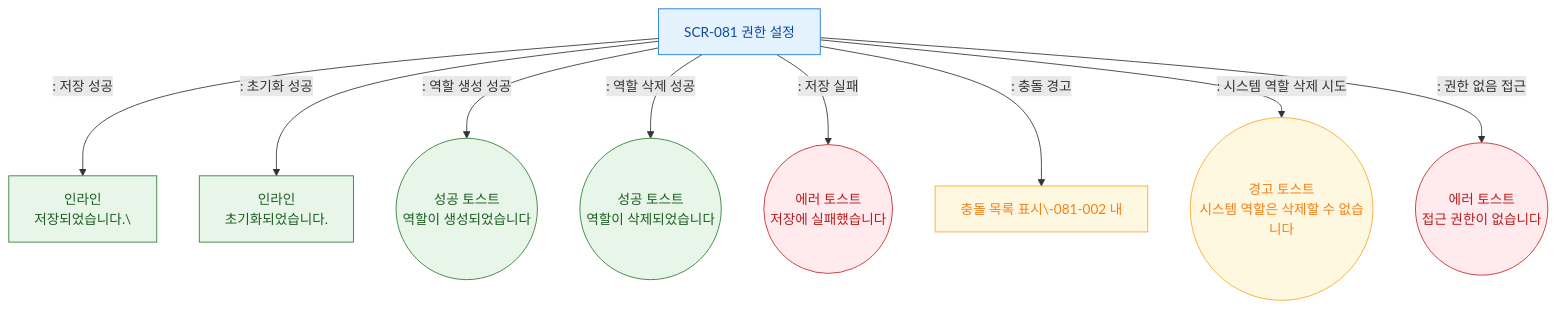
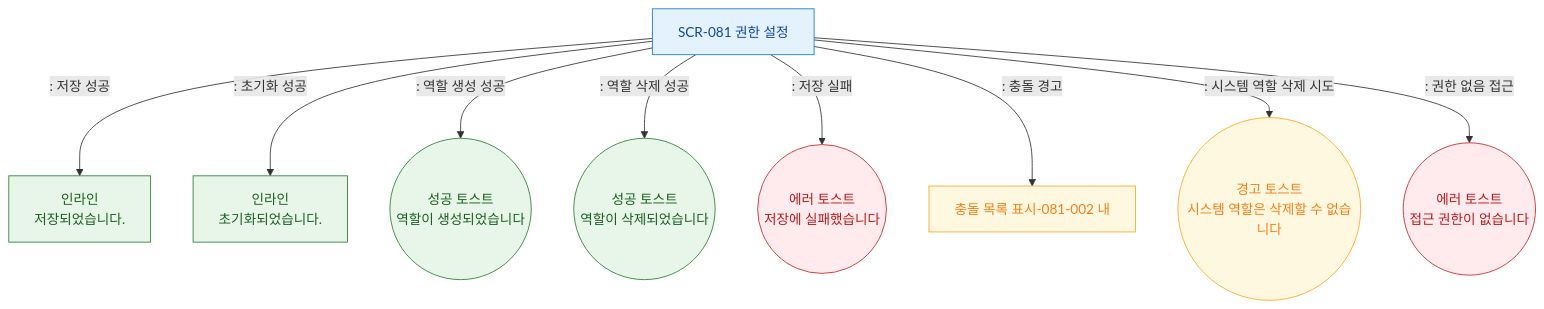
The diagram in docs/admin/다이어그램/D09_설정관리/SCR-081_권한설정/F9_토스트피드백.md (dev-spogym/admin-pando), drawn with Mermaid before and after one commit. The commit also changed 369 other files, not shown here.

````diff
--- a/docs/admin/다이어그램/D09_설정관리/SCR-081_권한설정/F9_토스트피드백.md
+++ b/docs/admin/다이어그램/D09_설정관리/SCR-081_권한설정/F9_토스트피드백.md
@@ -15,22 +15,22 @@
 ```mermaid
 flowchart TD
     SCR081[SCR-081 권한 설정]
 
-    SCR081 -->|": 저장 성공"|FB_SaveOK[인라인\n저장되었습니다.\]
+    SCR081 -->|": 저장 성공"|FB_SaveOK[인라인\n저장되었습니다.]
     SCR081 -->|": 초기화 성공"|FB_Reset[인라인\n초기화되었습니다.]
     SCR081 -->|": 역할 생성 성공"|FB_Create((성공 토스트\n역할이 생성되었습니다))
     SCR081 -->|": 역할 삭제 성공"|FB_Delete((성공 토스트\n역할이 삭제되었습니다))
     SCR081 -->|": 저장 실패"|FB_SaveErr((에러 토스트\n저장에 실패했습니다))
-    SCR081 -->|": 충돌 경고"|FB_Conflict[충돌 목록 표시\-081-002 내]
+    SCR081 -->|": 충돌 경고"|FB_Conflict[충돌 목록 표시-081-002 내]
     SCR081 -->|": 시스템 역할 삭제 시도"|FB_SysLock((경고 토스트\n시스템 역할은 삭제할 수 없습니다))
     SCR081 -->|": 권한 없음 접근"|FB_NoAuth((에러 토스트\n접근 권한이 없습니다))
 
     classDef screen fill:#E3F2FD,stroke:#1976D2,color:#0D47A1
     classDef success fill:#E8F5E9,stroke:#2E7D32,color:#1B5E20
     classDef error fill:#FFEBEE,stroke:#C62828,color:#B71C1C
     classDef warning fill:#FFF8E1,stroke:#F9A825,color:#F57F17
     class SCR081 screen
     class FB_SaveOK,FB_Reset,FB_Create,FB_Delete success
     class FB_SaveErr,FB_NoAuth error
     class FB_Conflict,FB_SysLock warning
 ```
````
